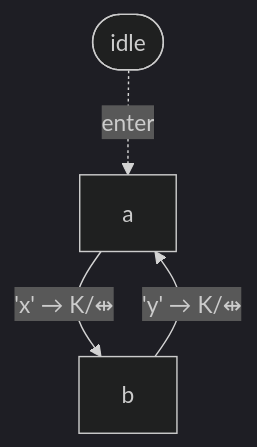
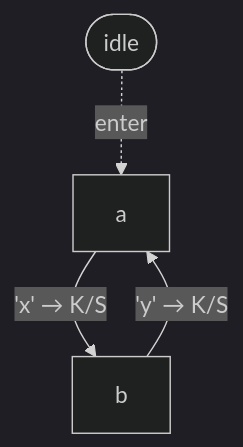
The third of 5 diagrams in packages/machine/README.md (mellonis/turing-machine-js), drawn with Mermaid (dark theme) before and after one commit. The commit also changed other lines of this file and 14 other files, not shown here.

First line of the commit message:
polish(emit + docs): readable vocabulary, removed hand-drawn diagrams, dogfooded `summarize`

````diff
--- a/packages/machine/README.md
+++ b/packages/machine/README.md
@@ -312,10 +287,10 @@
 ```mermaid
 flowchart TD
 %% alphabets: [[" ","x","y"]]
   s1["a"]
   s2["b"]
   idle([idle])
   idle -. enter .-> s1
-  s1 -- "'x' → K/⇹" --> s2
-  s2 -- "'y' → K/⇹" --> s1
+  s1 -- "'x' → K/S" --> s2
+  s2 -- "'y' → K/S" --> s1
 ```
````
